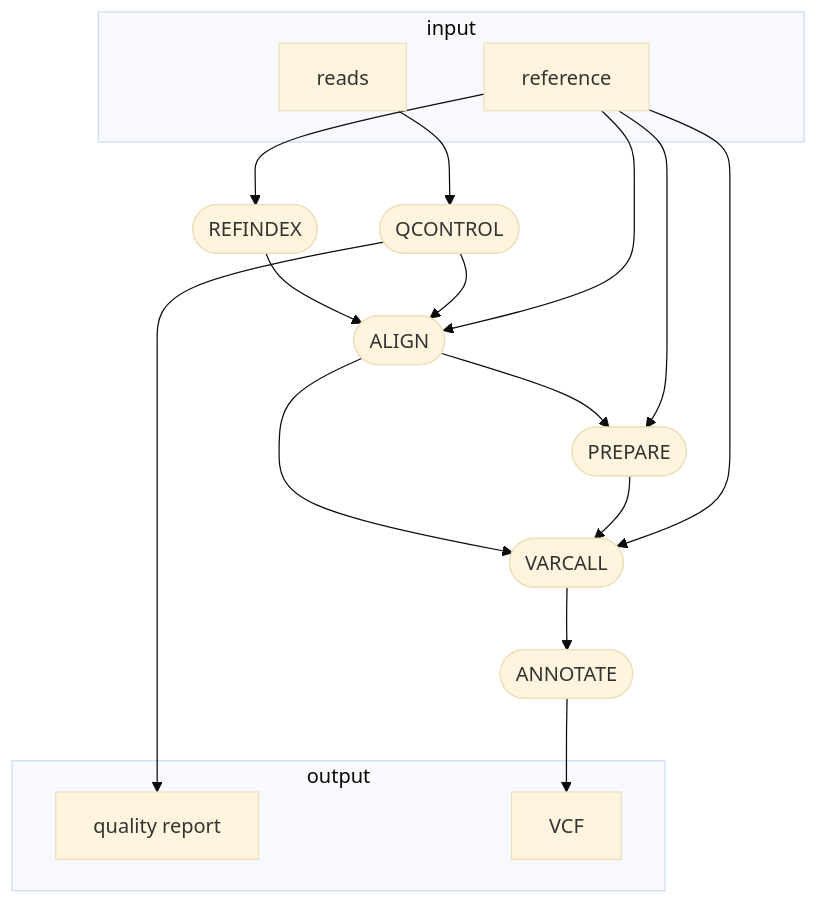
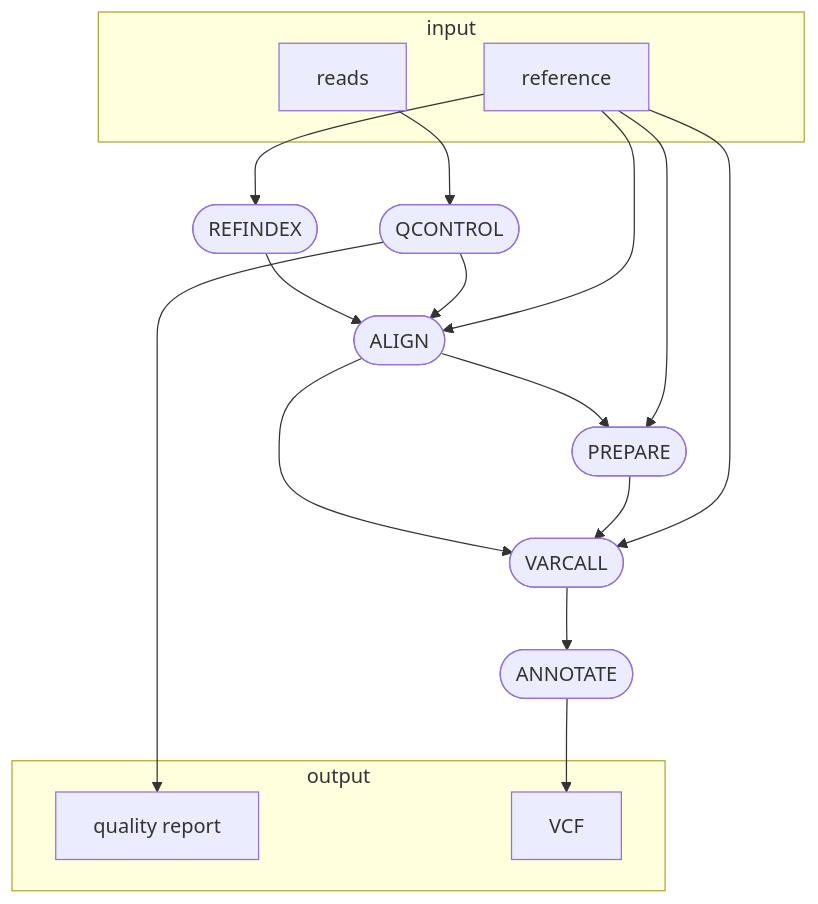
One commit to glebus-sasha/deepvariant_nf changed the diagram in README.md. Above: the diagram before and after it, drawn with Mermaid.

````diff
--- a/README.md
+++ b/README.md
@@ -5,31 +5,31 @@
 ```mermaid
-%%{init: {'theme':'base'}}%%
+%%{init: {'theme':'default'}}%%
 flowchart TB
     subgraph "input"
     v0["reads"]
     v1["reference"]
     end
     v2([REFINDEX])
     v3([QCONTROL])
     subgraph "output"
     v4["quality report"]
     v14["VCF"]
     end
     v6([ALIGN])
     v8([PREPARE])
     v10([VARCALL])
     v13([ANNOTATE])
     v0 --> v3
     v1 --> v2
     v2 --> v6
     v3 --> v6
     v3 --> v4
     v1 --> v6
     v6 --> v8
     v6 --> v10
     v1 --> v8
     v8 --> v10
     v1 --> v10
     v10 --> v13
     v13 --> v14
 ```
````
